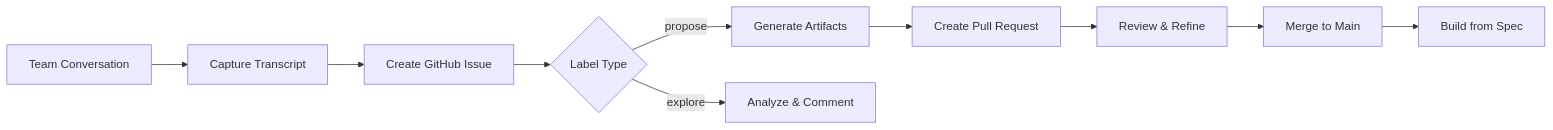
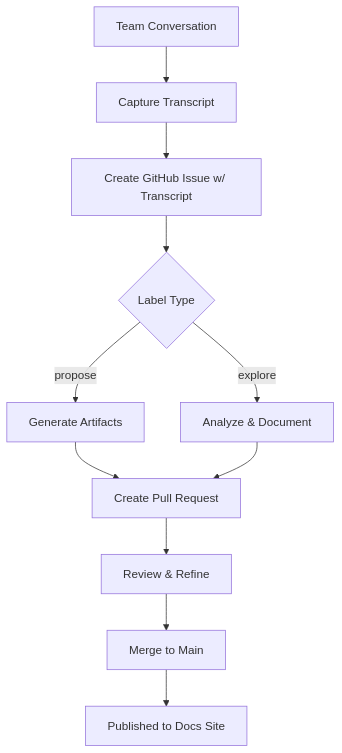
One commit to sam-brisson/ai-comm-patterns changed the diagram in docs/collaboration/openspec-changes.mdx. Above: the diagram before and after it, drawn with Mermaid. The commit also changed other lines of this file and 4 other files, not shown here.

First line of the commit message:
Update site styling and OpenSpec workflow documentation

````diff
--- a/docs/collaboration/openspec-changes.mdx
+++ b/docs/collaboration/openspec-changes.mdx
@@ -66,12 +28,13 @@
 ```mermaid
-flowchart LR
+flowchart TB
     A[Team Conversation] --> B[Capture Transcript]
-    B --> C[Create GitHub Issue]
+    B --> C[Create GitHub Issue w/ Transcript]
     C --> D{Label Type}
     D -->|propose| E[Generate Artifacts]
-    D -->|explore| F[Analyze & Comment]
+    D -->|explore| F[Analyze & Document]
     E --> G[Create Pull Request]
+    F --> G
     G --> H[Review & Refine]
     H --> I[Merge to Main]
-    I --> J[Build from Spec]
+    I --> J[Published to Docs Site]
 ```
````
